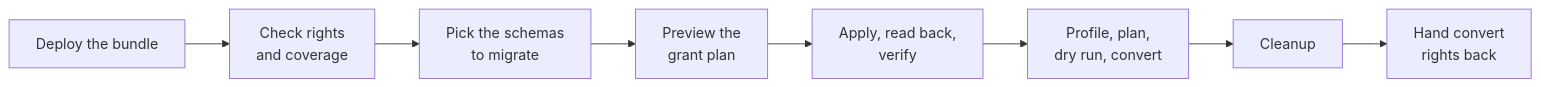
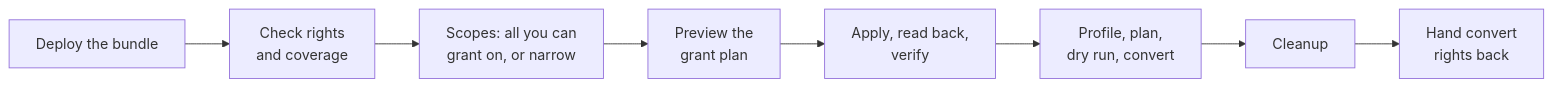
One commit to databricks-solutions/managed-table-migration-accelerator changed the first of 2 diagrams in docs/00-installation.md. Above: the diagram before and after it, drawn with Mermaid. The commit also changed other lines of this file and 64 other files, not shown here.

First line of the commit message:
Simpler install defaults: jobs run as you, scopes cover your catalogs (#9)

````diff
--- a/docs/00-installation.md
+++ b/docs/00-installation.md
@@ -339,10 +370,10 @@
 ```mermaid
 flowchart LR
   deploy["Deploy the bundle"] --> check["Check rights<br/>and coverage"]
-  check --> scopes["Pick the schemas<br/>to migrate"]
+  check --> scopes["Scopes: all you can<br/>grant on, or narrow"]
   scopes --> plan["Preview the<br/>grant plan"]
   plan --> apply["Apply, read back,<br/>verify"]
   apply --> migrate["Profile, plan,<br/>dry run, convert"]
   migrate --> cleanup["Cleanup"]
   cleanup --> handback["Hand convert<br/>rights back"]
 ```
````
